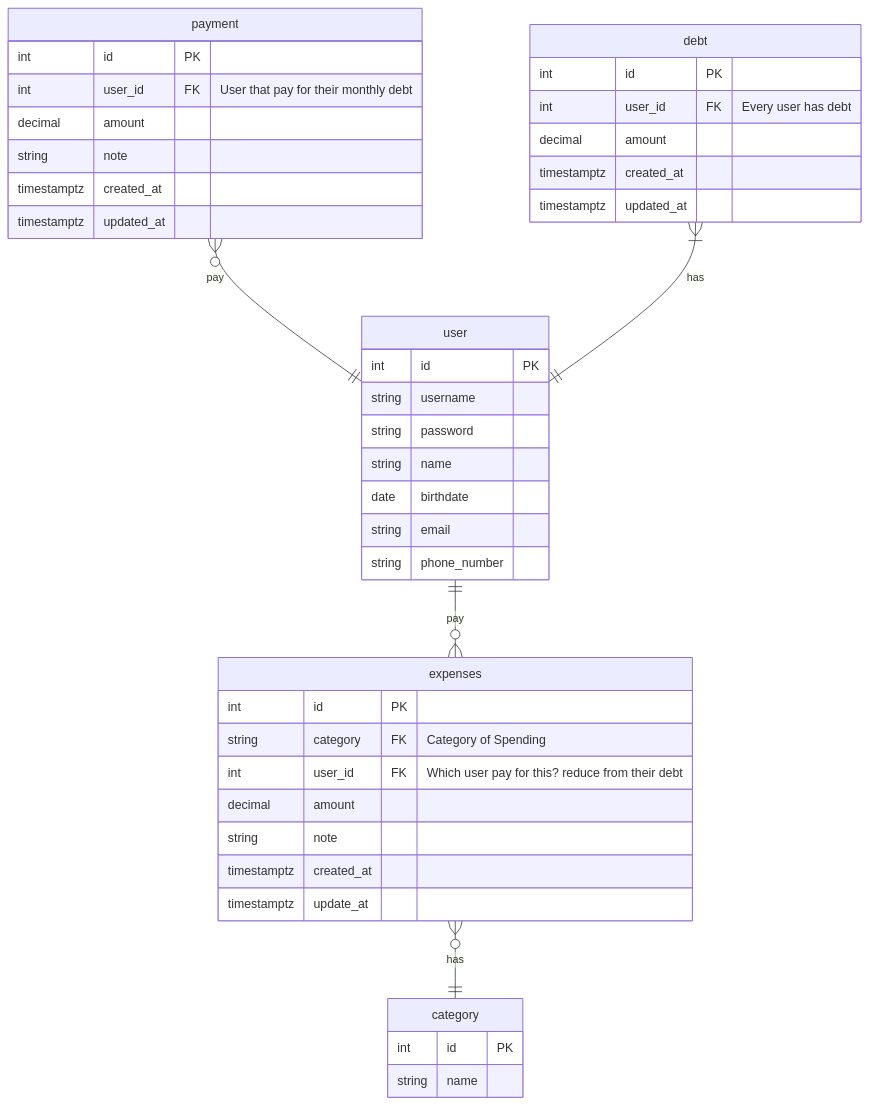
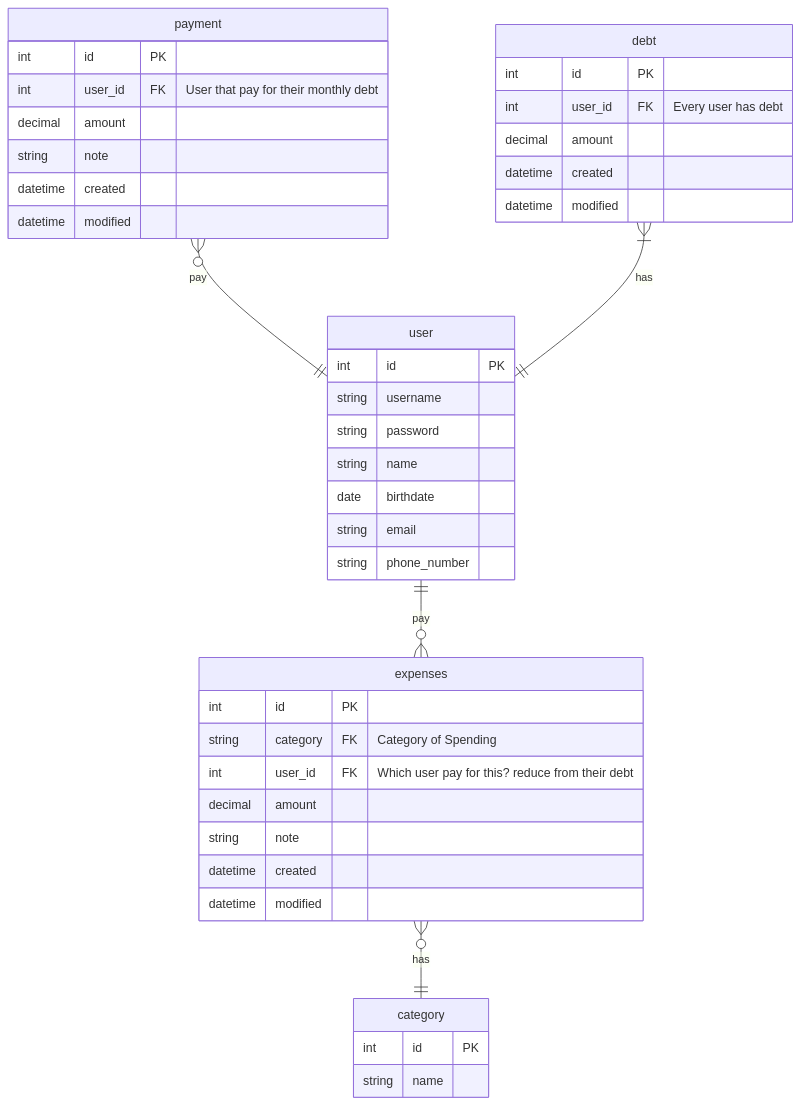
One commit to Skyquek/Trip-Bill-Management-System changed the diagram in mini-project/Readme.md. Above: the diagram before and after it, drawn with Mermaid. The commit also changed 17 other files, not shown here.

````diff
--- a/mini-project/Readme.md
+++ b/mini-project/Readme.md
@@ -60,48 +60,48 @@
 ```mermaid
 erDiagram
     user ||--o{ expenses : pay
     user {
         int id PK
         string username
         string password
         string name
         date birthdate
         string email
         string phone_number
     }
 
     expenses }o--|| category: "has"
     expenses {
         int id PK
         string category FK "Category of Spending"
         int user_id FK "Which user pay for this? reduce from their debt"
         decimal amount
         string note
-        timestamptz created_at
-        timestamptz update_at
+        datetime created
+        datetime modified
     }
 
     category {
         int id PK
         string name
     }
 
     payment o{--|| user: pay
     payment {
         int id PK
         int user_id FK "User that pay for their monthly debt"
         decimal amount
         string note
-        timestamptz created_at
-        timestamptz updated_at
+        datetime created
+        datetime modified
     }
 
     debt |{--|| user : "has"
     debt {
         int id PK
         int user_id FK "Every user has debt"
         decimal amount
-        timestamptz created_at
-        timestamptz updated_at
+        datetime created
+        datetime modified
     }
 ```
````
